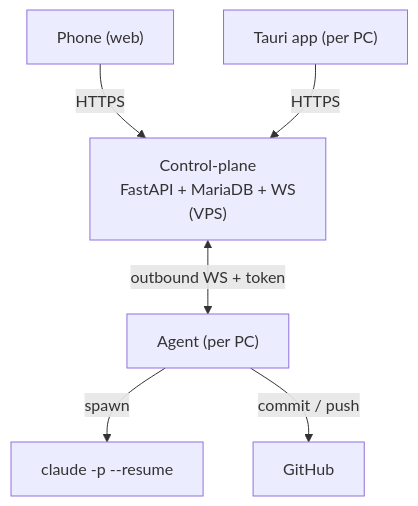
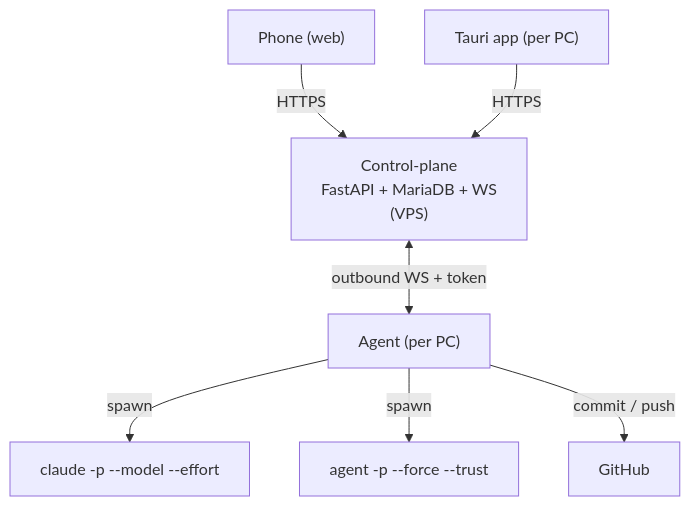
The diagram in README.md (Leoglme/nightforge), drawn with Mermaid before and after one commit. The commit also changed other lines of this file and 134 other files, not shown here.

First line of the commit message:
feat: multi-provider Cursor/Claude, chat unifie et CLI Cursor auto

````diff
--- a/README.md
+++ b/README.md
@@ -28,9 +33,10 @@
 ```mermaid
 graph TD
   Phone["Phone (web)"] -->|HTTPS| CP
   Desktop["Tauri app (per PC)"] -->|HTTPS| CP
   CP["Control-plane<br/>FastAPI + MariaDB + WS<br/>(VPS)"]
   CP <-->|outbound WS + token| Agent["Agent (per PC)"]
-  Agent -->|spawn| Claude["claude -p --resume"]
+  Agent -->|spawn| Claude["claude -p --model --effort"]
+  Agent -->|spawn| Cursor["agent -p --force --trust"]
   Agent -->|commit / push| GH["GitHub"]
 ```
````
